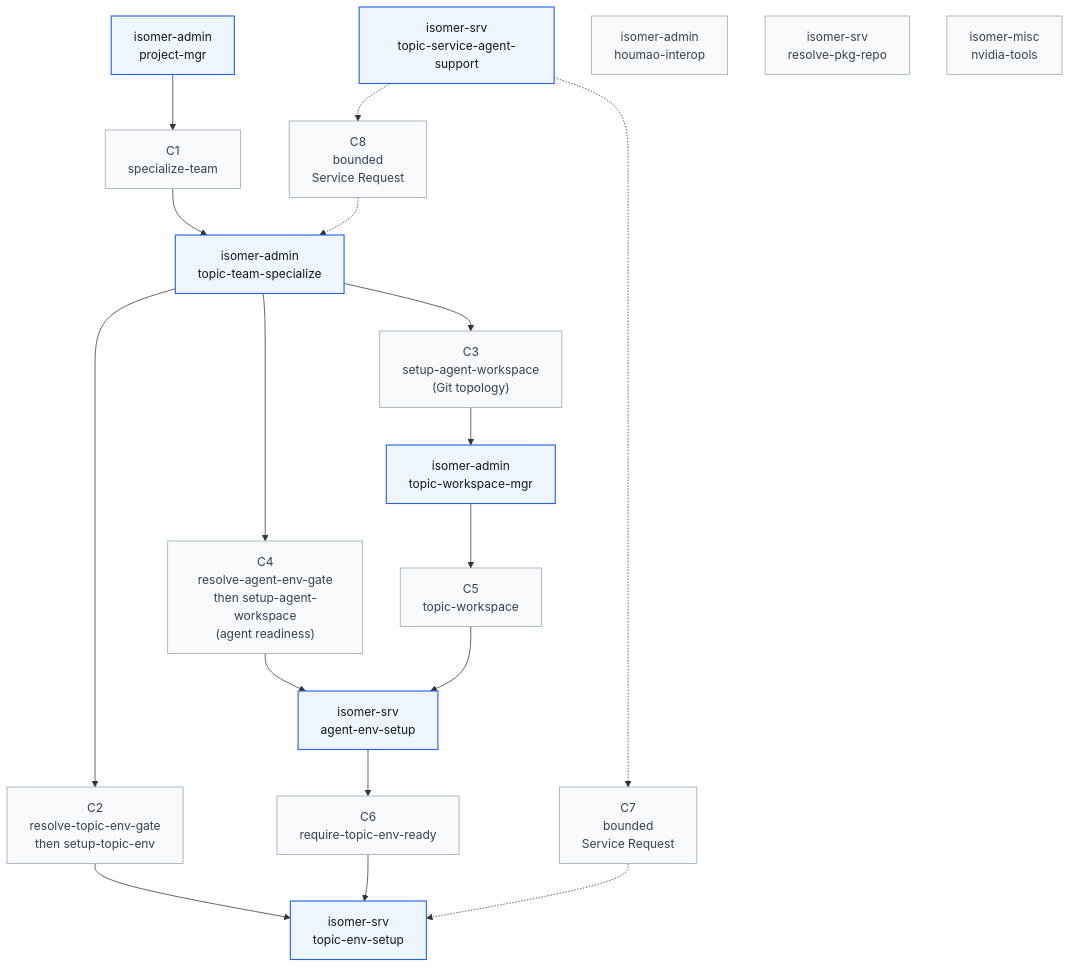
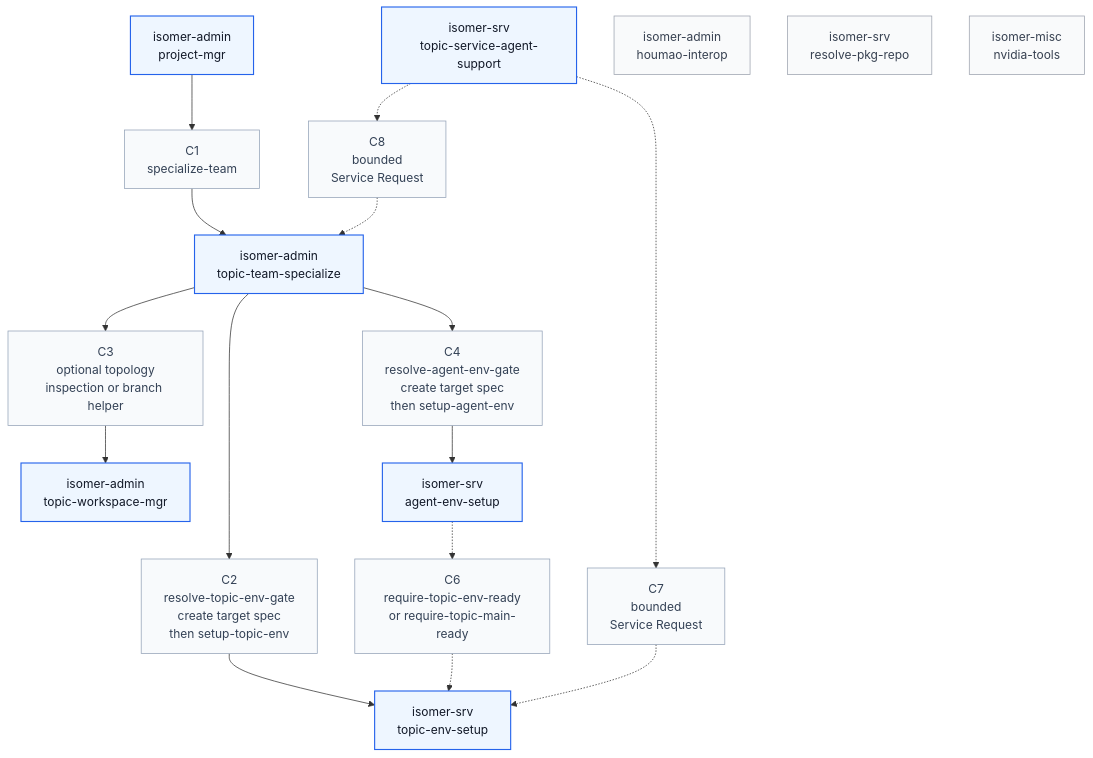
One commit to CodeGandee/isomer-labs changed the diagram in skillset/callgraph.md. Above: the diagram before and after it, drawn with Mermaid. The commit also changed other lines of this file and 79 other files, not shown here.

Commit message:
feat: revise topic main workspace design

````diff
--- a/skillset/callgraph.md
+++ b/skillset/callgraph.md
@@ -5,39 +5,36 @@
 ```mermaid
 flowchart TD
     classDef skill fill:#eef6ff,stroke:#2563eb,stroke-width:1.5px,color:#111827
     classDef route fill:#f8fafc,stroke:#94a3b8,stroke-width:1px,color:#334155
     classDef isolated fill:#f9fafb,stroke:#9ca3af,color:#374151
 
     PM["isomer-admin<br/>project-mgr"]:::skill
     TTS["isomer-admin<br/>topic-team-specialize"]:::skill
     TWM["isomer-admin<br/>topic-workspace-mgr"]:::skill
     TENV["isomer-srv<br/>topic-env-setup"]:::skill
     AENV["isomer-srv<br/>agent-env-setup"]:::skill
     TSA["isomer-srv<br/>topic-service-agent-support"]:::skill
 
     C1["C1<br/>specialize-team"]:::route
-    C2["C2<br/>resolve-topic-env-gate<br/>then setup-topic-env"]:::route
-    C3["C3<br/>setup-agent-workspace<br/>(Git topology)"]:::route
-    C4["C4<br/>resolve-agent-env-gate<br/>then setup-agent-workspace<br/>(agent readiness)"]:::route
-    C5["C5<br/>topic-workspace"]:::route
-    C6["C6<br/>require-topic-env-ready"]:::route
+    C2["C2<br/>resolve-topic-env-gate<br/>create target spec<br/>then setup-topic-env"]:::route
+    C3["C3<br/>optional topology<br/>inspection or branch helper"]:::route
+    C4["C4<br/>resolve-agent-env-gate<br/>create target spec<br/>then setup-agent-env"]:::route
+    C6["C6<br/>require-topic-env-ready<br/>or require-topic-main-ready"]:::route
     C7["C7<br/>bounded<br/>Service Request"]:::route
     C8["C8<br/>bounded<br/>Service Request"]:::route
 
     PM --> C1 --> TTS
 
     TTS --> C2 --> TENV
     TTS --> C3 --> TWM
     TTS --> C4 --> AENV
 
-    TWM --> C5 --> AENV
-
-    AENV --> C6 --> TENV
+    AENV -.-> C6 -.-> TENV
 
     TSA -.-> C7 -.-> TENV
     TSA -.-> C8 -.-> TTS
 
     HOU["isomer-admin<br/>houmao-interop"]:::isolated
     PKG["isomer-srv<br/>resolve-pkg-repo"]:::isolated
     NVIDIA["isomer-misc<br/>nvidia-tools"]:::isolated
 ```
````
